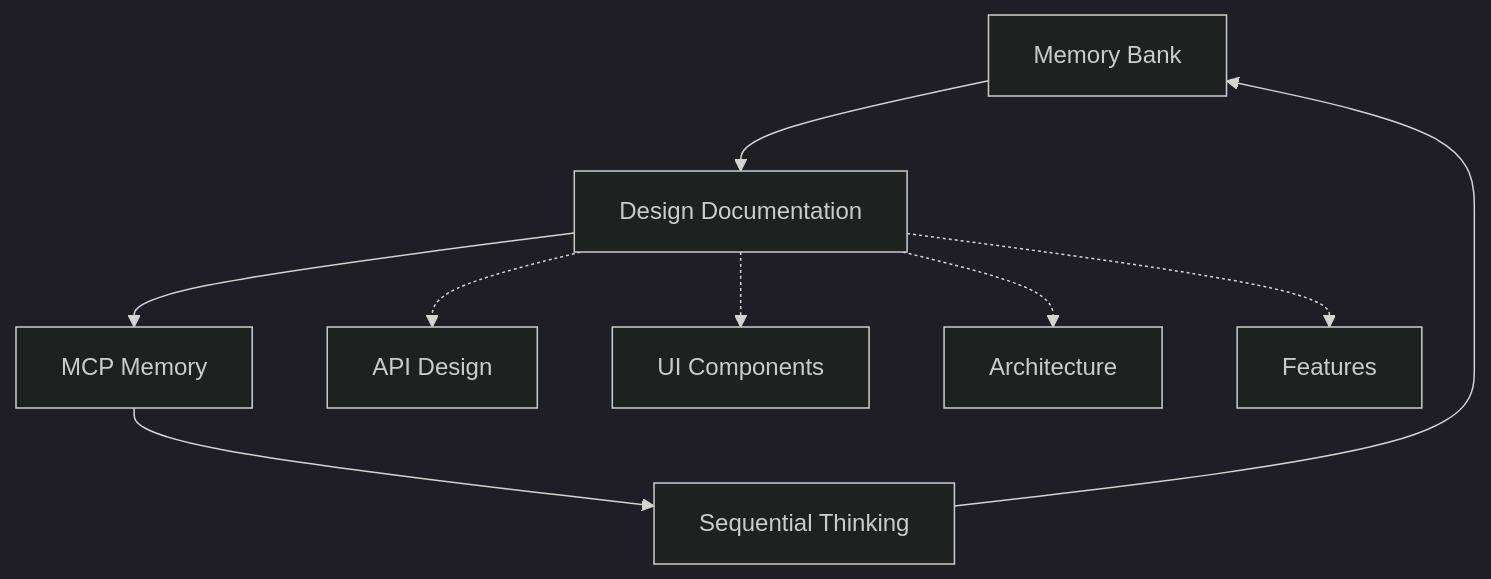
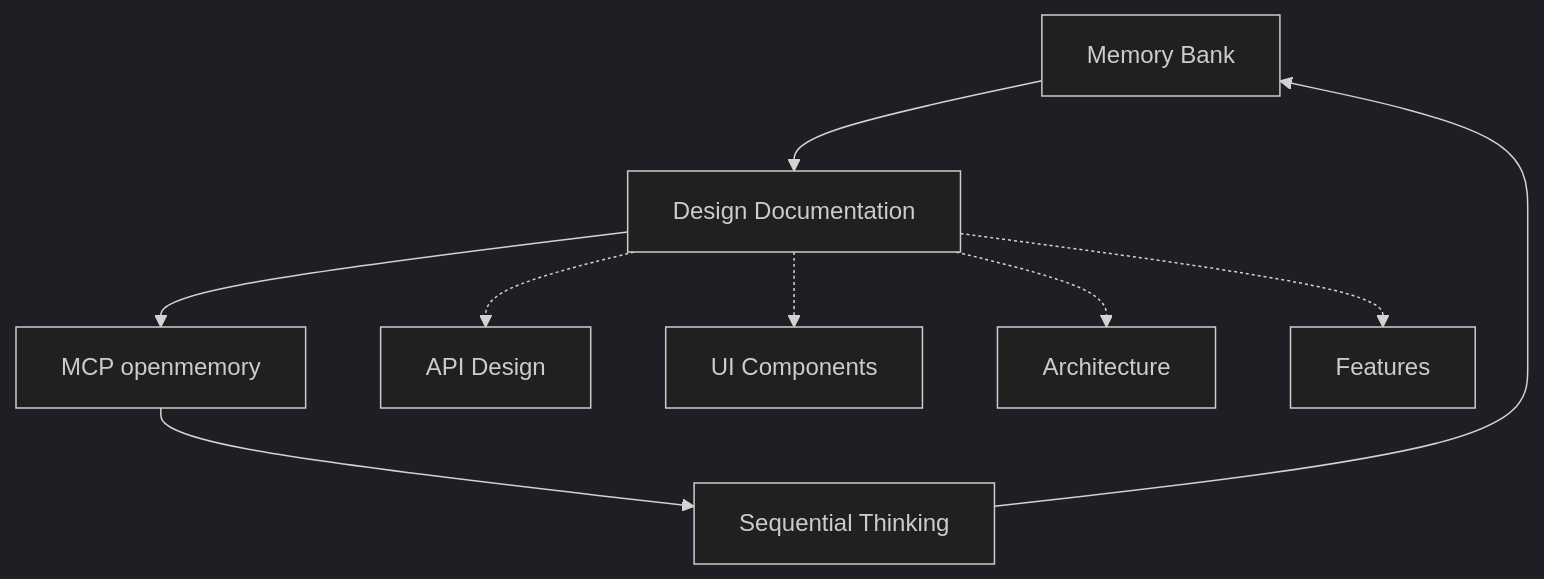
The first of 2 diagrams in .github/instructions/main.instructions.md (vinhltt/3_tihomo), drawn with Mermaid (dark theme) before and after one commit. The commit also changed other lines of this file and 29 other files, not shown here.

````diff
--- a/.github/instructions/main.instructions.md
+++ b/.github/instructions/main.instructions.md
@@ -19,12 +19,12 @@
 ```mermaid
 flowchart TD
     MB[Memory Bank] --> DD[Design Documentation]
-    DD --> MCP[MCP Memory]
+    DD --> MCP[MCP openmemory]
     MCP --> ST[Sequential Thinking]
     ST --> MB
     
     DD -.-> API[API Design]
     DD -.-> UI[UI Components]
     DD -.-> ARCH[Architecture]
     DD -.-> FEAT[Features]
 ```
````
